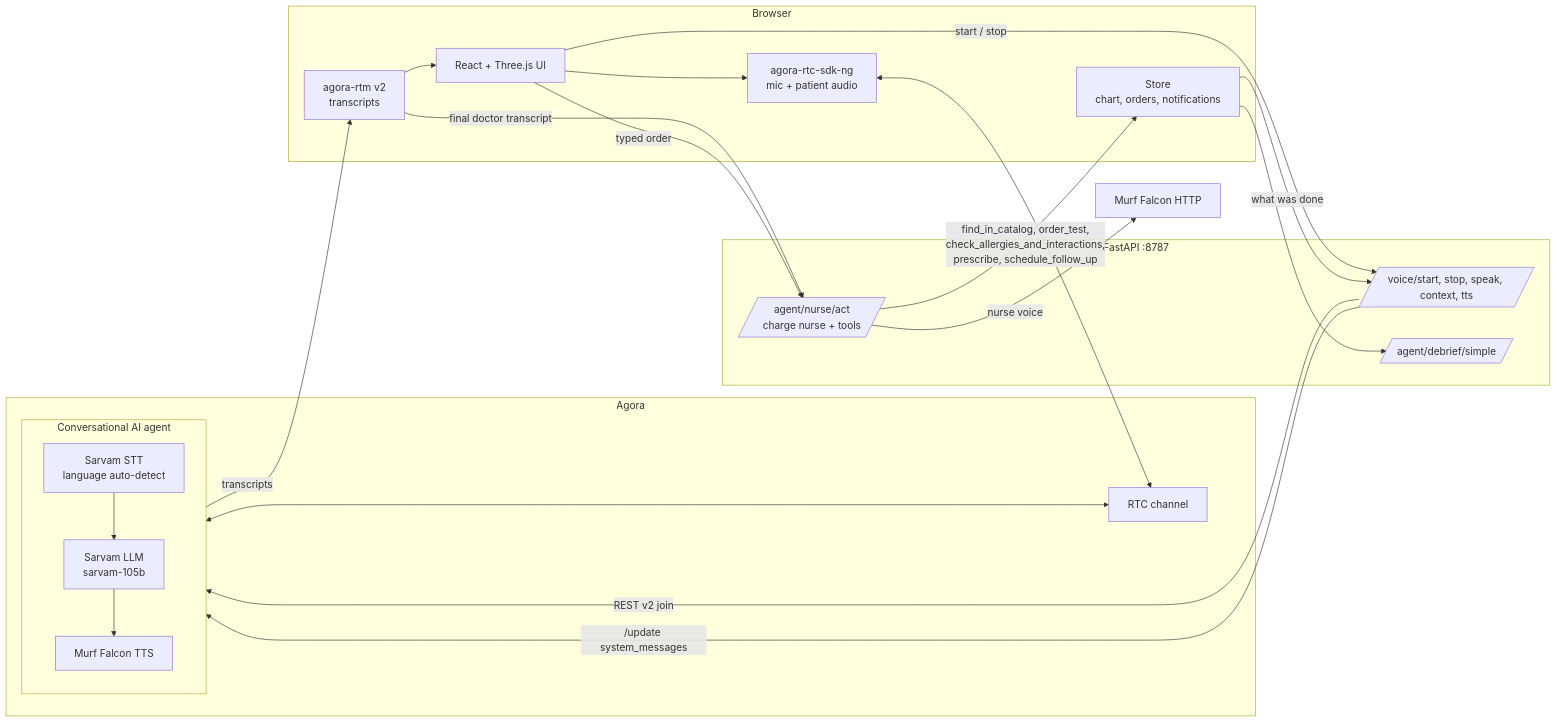
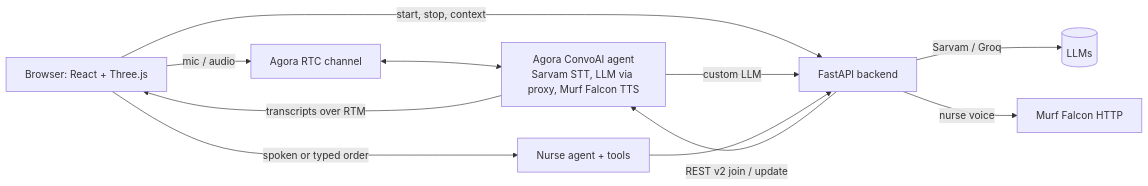
One commit to DarshanKrishna-DK/Med-Sim changed the diagram in README.md. Above: the diagram before and after it, drawn with Mermaid. The commit also changed other lines of this file and 17 other files, not shown here.

````diff
--- a/README.md
+++ b/README.md
@@ -23,33 +58,13 @@
 ```mermaid
 flowchart LR
-  subgraph Browser
-    UI[React + Three.js UI]
-    RTC[agora-rtc-sdk-ng<br/>mic + patient audio]
-    RTM[agora-rtm v2<br/>transcripts]
-    Store[Store<br/>chart, orders, notifications]
-  end
-
-  subgraph Agora
-    CH[RTC channel]
-    subgraph ConvoAI[Conversational AI agent]
-      STT[Sarvam STT<br/>language auto-detect] --> LLM[Sarvam LLM<br/>sarvam-105b] --> TTS[Murf Falcon TTS]
-    end
-  end
-
-  subgraph Backend[FastAPI :8787]
-    Voice[/voice/start, stop, speak, context, tts/]
-    Nurse[/agent/nurse/act<br/>charge nurse + tools/]
-    Debrief[/agent/debrief/simple/]
-  end
-
-  UI --> RTC <--> CH <--> ConvoAI
-  ConvoAI -- transcripts --> RTM --> UI
-  UI -- start / stop --> Voice -- REST v2 join --> ConvoAI
-  RTM -- final doctor transcript --> Nurse
-  UI -- typed order --> Nurse
-  Nurse -- find_in_catalog, order_test,<br/>check_allergies_and_interactions,<br/>prescribe, schedule_follow_up --> Store
-  Nurse -- nurse voice --> MurfHTTP[Murf Falcon HTTP]
-  Store -- what was done --> Voice
-  Voice -- /update system_messages --> ConvoAI
-  Store --> Debrief
+  B[Browser: React + Three.js] -- mic / audio --> A[Agora RTC channel]
+  A <--> C[Agora ConvoAI agent<br/>Sarvam STT, LLM via proxy, Murf Falcon TTS]
+  C -- transcripts over RTM --> B
+  B -- start, stop, context --> S[FastAPI backend]
+  S -- REST v2 join / update --> C
+  C -- custom LLM --> S
+  B -- spoken or typed order --> N[Nurse agent + tools]
+  N --> S
+  S -- Sarvam / Groq --> L[(LLMs)]
+  S -- nurse voice --> M[Murf Falcon HTTP]
 ```
````
